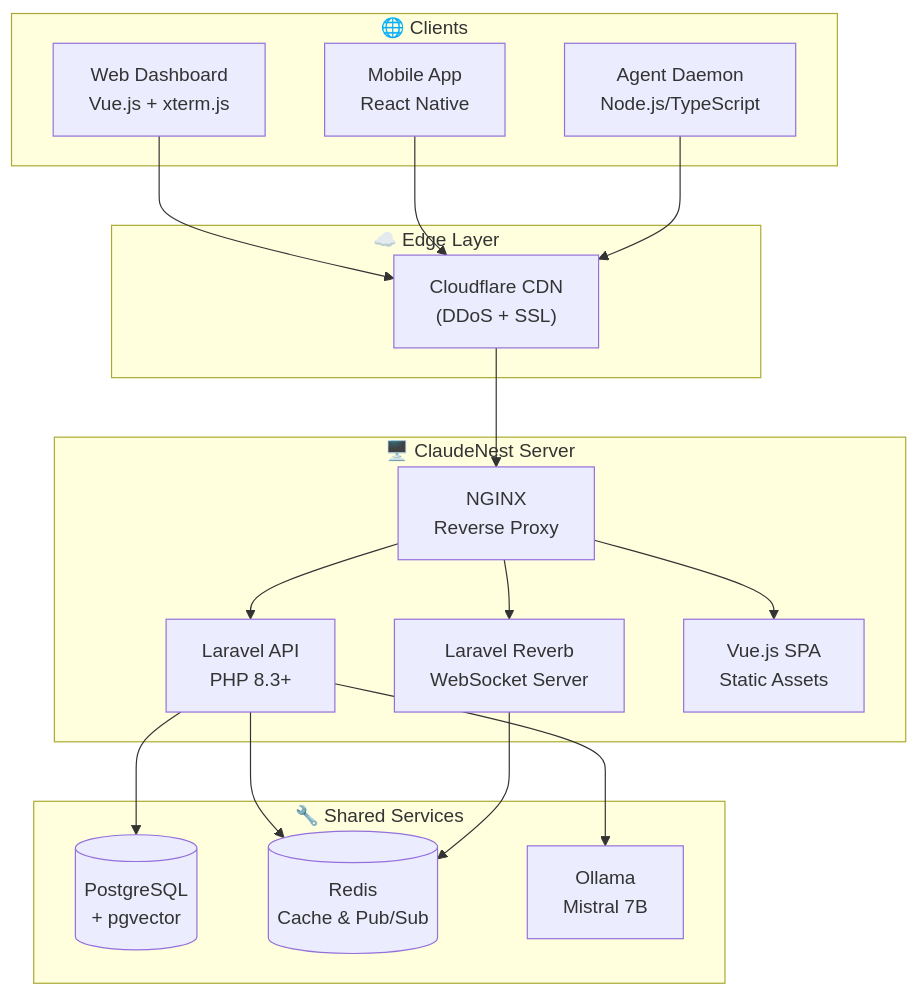
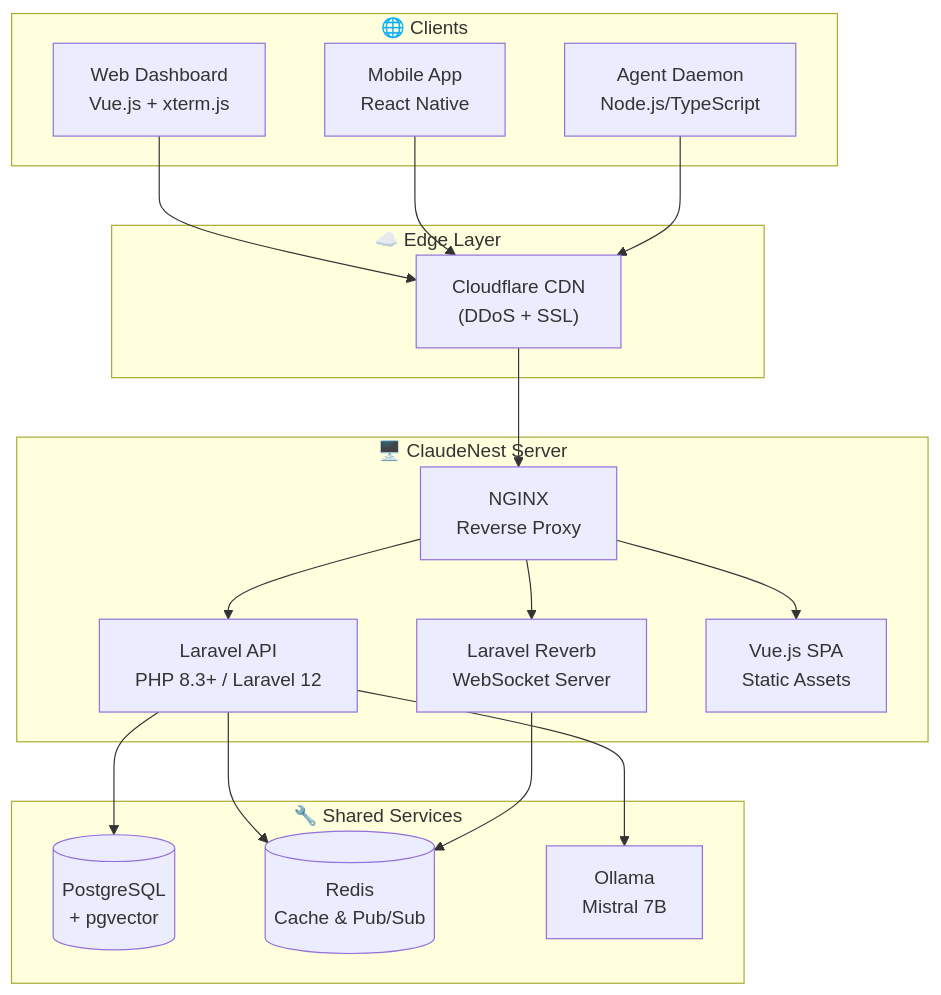
One commit to QrCommunication/claudenest changed the first of 21 diagrams in docs/ARCHITECTURE.md. Above: the diagram before and after it, drawn with Mermaid. The commit also changed other lines of this file and 6 other files, not shown here.

````diff
--- a/docs/ARCHITECTURE.md
+++ b/docs/ARCHITECTURE.md
@@ -25,39 +25,39 @@
 ```mermaid
 flowchart TB
     subgraph Clients["🌐 Clients"]
         Web["Web Dashboard<br/>Vue.js + xterm.js"]
         Mobile["Mobile App<br/>React Native"]
         Agent["Agent Daemon<br/>Node.js/TypeScript"]
     end
 
     subgraph Edge["☁️ Edge Layer"]
         CDN["Cloudflare CDN<br/>(DDoS + SSL)"]
     end
 
     subgraph Server["🖥️ ClaudeNest Server"]
         Nginx["NGINX<br/>Reverse Proxy"]
-        Laravel["Laravel API<br/>PHP 8.3+"]
+        Laravel["Laravel API<br/>PHP 8.3+ / Laravel 12"]
         Reverb["Laravel Reverb<br/>WebSocket Server"]
         VueAssets["Vue.js SPA<br/>Static Assets"]
     end
 
     subgraph Services["🔧 Shared Services"]
         Postgres[("PostgreSQL<br/>+ pgvector")]
         Redis[("Redis<br/>Cache & Pub/Sub")]
         Ollama["Ollama<br/>Mistral 7B"]
     end
 
     Web --> CDN
     Mobile --> CDN
     Agent --> CDN
     CDN --> Nginx
     
     Nginx --> Laravel
     Nginx --> Reverb
     Nginx --> VueAssets
     
     Laravel --> Postgres
     Laravel --> Redis
     Laravel --> Ollama
     Reverb --> Redis
 ```
````
